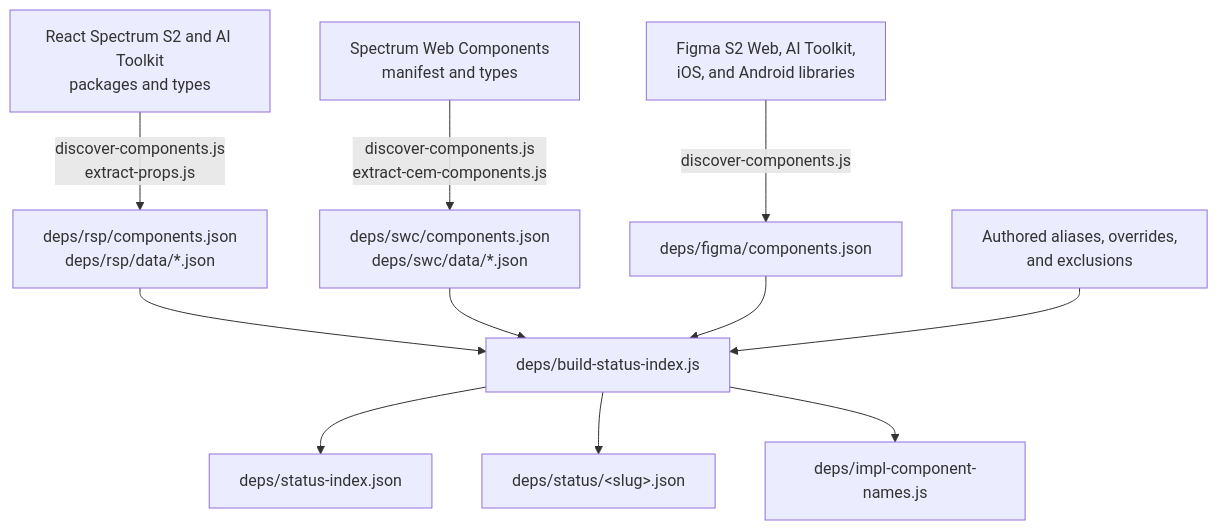
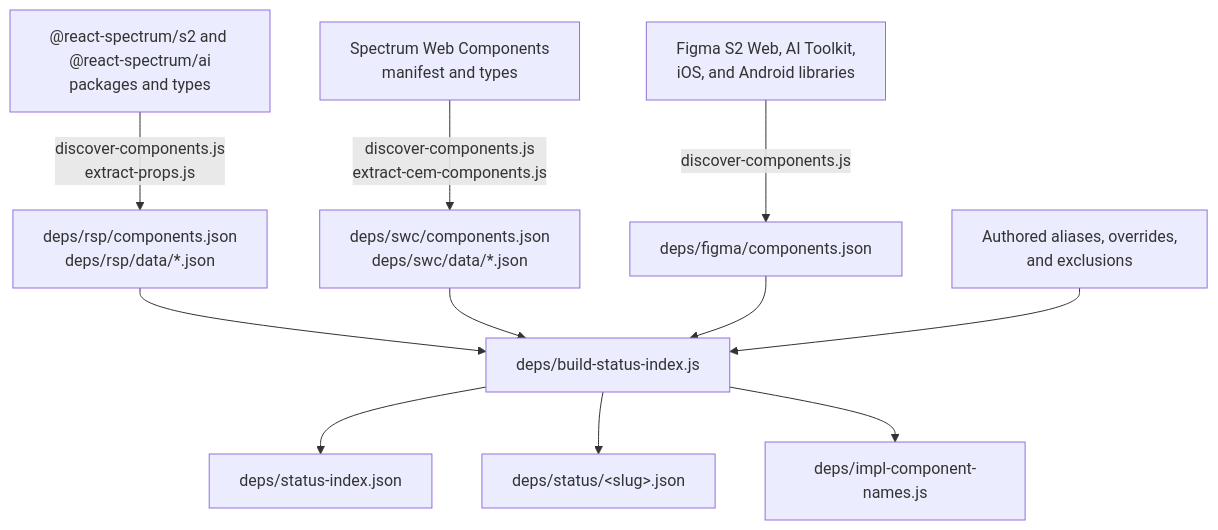
One commit to adobe/spectrum-hub changed the diagram in docs/DEPS.md. Above: the diagram before and after it, drawn with Mermaid. The commit also changed other lines of this file and 5 other files, not shown here.

````diff
--- a/docs/DEPS.md
+++ b/docs/DEPS.md
@@ -33,24 +33,24 @@
 ```mermaid
 flowchart TD
     accTitle: How implementation data becomes the combined status model
-    accDescr: React Spectrum S2 and AI Toolkit produce the RSP catalog. Spectrum Web Components produces the SWC catalog, including AI Toolkit patterns. Four platform-specific Figma libraries feed one source-qualified roster. The builder combines these with authored mappings to write the index, component slices, and implementation-name map.
+    accDescr: The @react-spectrum/s2 and @react-spectrum/ai packages supply the RSP code catalog. Spectrum Web Components supplies the SWC code catalog, including AI Toolkit patterns. The Figma S2 Web, Spectrum AI Toolkit, iOS, and Android libraries supply design data independently of the code catalogs. The builder combines these sources with authored mappings to write the index, component slices, and implementation-name map.
 
-    rsp["React Spectrum S2 and AI Toolkit<br/>packages and types"]
+    rsp["@react-spectrum/s2 and @react-spectrum/ai<br/>packages and types"]
     swc["Spectrum Web Components<br/>manifest and types"]
     figma["Figma S2 Web, AI Toolkit,<br/>iOS, and Android libraries"]
 
     rsp -->|"discover-components.js<br/>extract-props.js"| rspOut["deps/rsp/components.json<br/>deps/rsp/data/*.json"]
     swc -->|"discover-components.js<br/>extract-cem-components.js"| swcOut["deps/swc/components.json<br/>deps/swc/data/*.json"]
     figma -->|"discover-components.js"| figmaOut["deps/figma/components.json"]
 
     authored["Authored aliases, overrides,<br/>and exclusions"]
 
     rspOut --> build["deps/build-status-index.js"]
     swcOut --> build
     figmaOut --> build
     authored --> build
 
     build --> index["deps/status-index.json"]
     build --> slices["deps/status/&lt;slug&gt;.json"]
     build --> names["deps/impl-component-names.js"]
 ```
````
